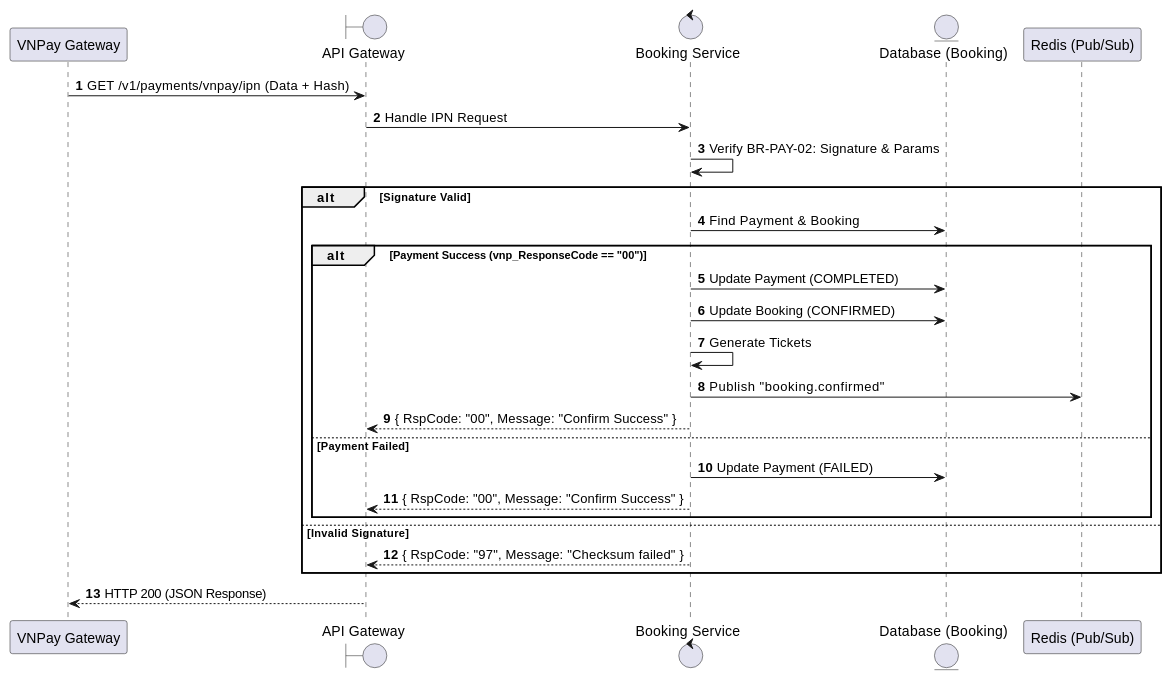
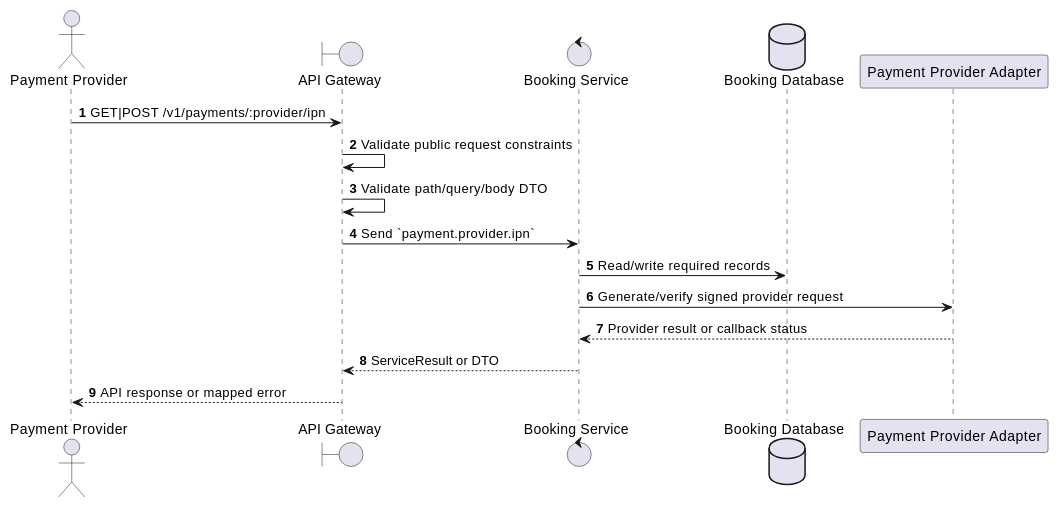
The first of 2 diagrams in docs/functional_specs/3.6_Payment_Transaction_Module/PY-04_VNPay_IPN_Webhook.md (Tanh1603/movie-hub-architecture), drawn with PlantUML before and after one commit. The commit also changed other lines of this file and 126 other files, not shown here.

````diff
--- a/docs/functional_specs/3.6_Payment_Transaction_Module/PY-04_VNPay_IPN_Webhook.md
+++ b/docs/functional_specs/3.6_Payment_Transaction_Module/PY-04_VNPay_IPN_Webhook.md
@@ -17,30 +17,20 @@
 ```plantuml
 @startuml
 autonumber
-participant "VNPay Gateway" as VNPay
+actor "Payment Provider" as Actor
 boundary "API Gateway" as GW
-control "Booking Service" as BS
-entity "Database (Booking)" as DB
-participant "Redis (Pub/Sub)" as R
+control "Booking Service" as SVC
+database "Booking Database" as DB
+participant "Payment Provider Adapter" as Provider
 
-VNPay -> GW: GET /v1/payments/vnpay/ipn (Data + Hash)
-GW -> BS: Handle IPN Request
-BS -> BS: Verify BR-PAY-02: Signature & Params
-alt Signature Valid
-    BS -> DB: Find Payment & Booking
-    alt Payment Success (vnp_ResponseCode == "00")
-        BS -> DB: Update Payment (COMPLETED)
-        BS -> DB: Update Booking (CONFIRMED)
-        BS -> BS: Generate Tickets
-        BS -> R: Publish "booking.confirmed"
-        BS --> GW: { RspCode: "00", Message: "Confirm Success" }
-    else Payment Failed
-        BS -> DB: Update Payment (FAILED)
-        BS --> GW: { RspCode: "00", Message: "Confirm Success" }
-    end
-else Invalid Signature
-    BS --> GW: { RspCode: "97", Message: "Checksum failed" }
-end
-GW --> VNPay: HTTP 200 (JSON Response)
+Actor -> GW: GET|POST /v1/payments/:provider/ipn
+GW -> GW: Validate public request constraints
+GW -> GW: Validate path/query/body DTO
+GW -> SVC: Send `payment.provider.ipn`
+SVC -> DB: Read/write required records
+SVC -> Provider: Generate/verify signed provider request
+Provider --> SVC: Provider result or callback status
+SVC --> GW: ServiceResult or DTO
+GW --> Actor: API response or mapped error
 @enduml
 ```
````
